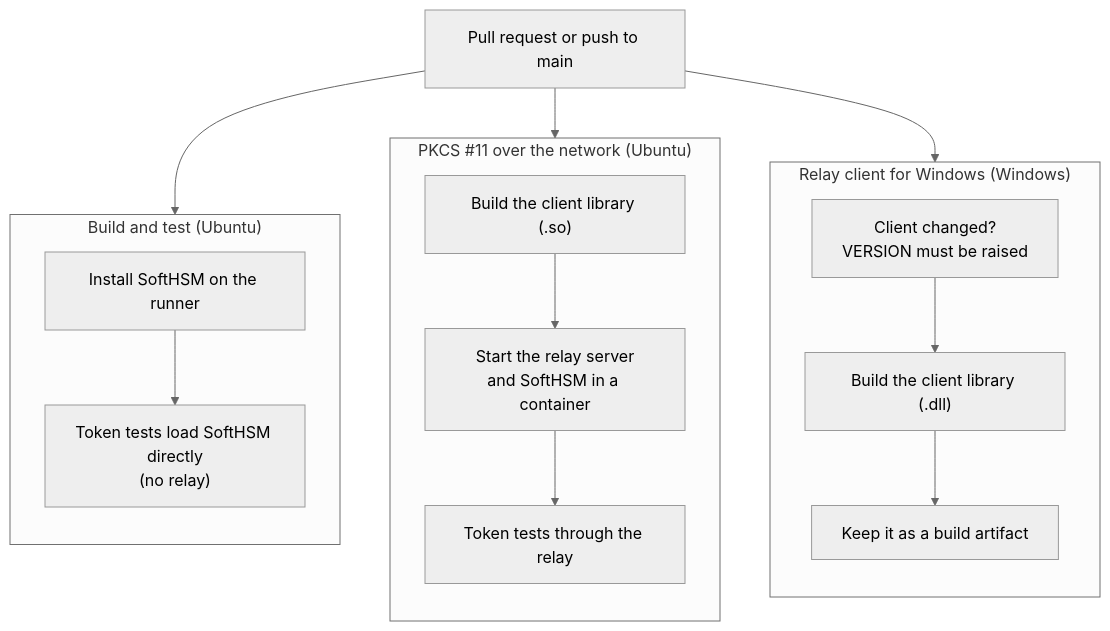
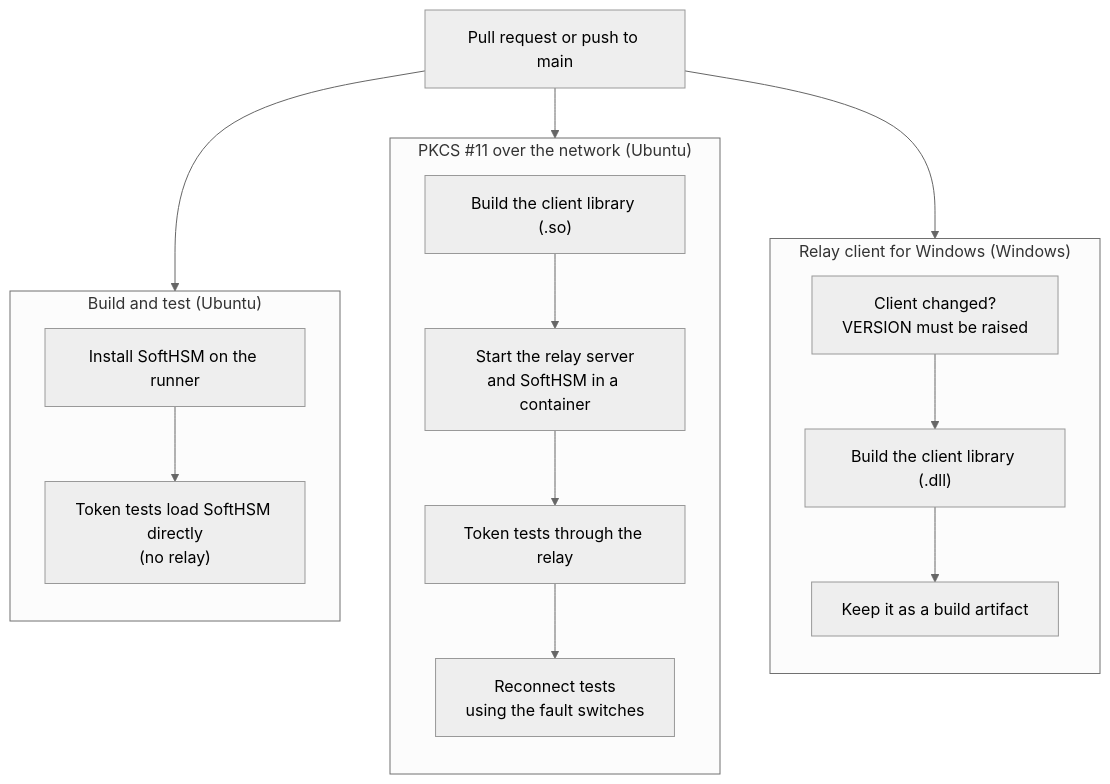
One commit to JoeShook/Sigyll changed the fourth of 5 diagrams in tools/pkcs11-relay/README.md. Above: the diagram before and after it, drawn with Mermaid (neutral theme). The commit also changed other lines of this file and 6 other files, not shown here.

First line of the commit message:
fix(pkcs11): reconnect to the token after its connection is lost

````diff
--- a/tools/pkcs11-relay/README.md
+++ b/tools/pkcs11-relay/README.md
@@ -149,21 +166,21 @@
 ```mermaid
 flowchart TB
     pr["Pull request or push to main"] --> build
     pr --> relay
     pr --> windows
 
     subgraph build["Build and test (Ubuntu)"]
         direction TB
         b1["Install SoftHSM on the runner"] --> b2["Token tests load SoftHSM directly<br/>(no relay)"]
     end
 
     subgraph relay["PKCS #11 over the network (Ubuntu)"]
         direction TB
-        r1["Build the client library (.so)"] --> r2["Start the relay server<br/>and SoftHSM in a container"] --> r3["Token tests through the relay"]
+        r1["Build the client library (.so)"] --> r2["Start the relay server<br/>and SoftHSM in a container"] --> r3["Token tests through the relay"] --> r4["Reconnect tests<br/>using the fault switches"]
     end
 
     subgraph windows["Relay client for Windows (Windows)"]
         direction TB
         w0["Client changed?<br/>VERSION must be raised"] --> w1["Build the client library (.dll)"] --> w2["Keep it as a build artifact"]
     end
 ```
````
